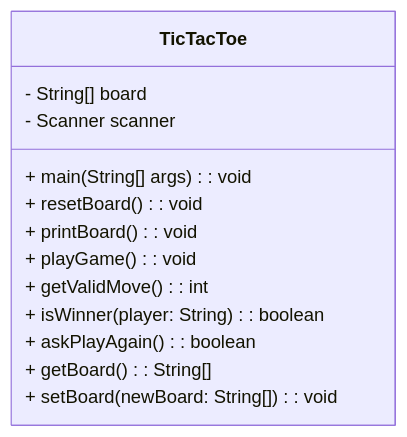
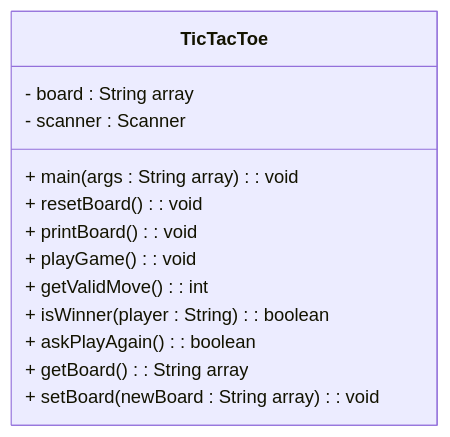
Before and after one commit to judith-java2/Portfolio-1: the first of 2 diagrams in README.md, drawn with Mermaid. The commit also changed other lines of this file, not shown here.

Commit message:
modified:   README.md

````diff
--- a/README.md
+++ b/README.md
@@ -17,16 +17,16 @@
 ```mermaid
 classDiagram
     class TicTacToe {
-        - String[] board
-        - Scanner scanner
-        + main(String[] args): void
-        + resetBoard(): void
-        + printBoard(): void
-        + playGame(): void
-        + getValidMove(): int
-        + isWinner(player: String): boolean
-        + askPlayAgain(): boolean
-        + getBoard(): String[]
-        + setBoard(newBoard: String[]): void
+        - board : String array
+        - scanner : Scanner
+        + main(args : String array) : void
+        + resetBoard() : void
+        + printBoard() : void
+        + playGame() : void
+        + getValidMove() : int
+        + isWinner(player : String) : boolean
+        + askPlayAgain() : boolean
+        + getBoard() : String array
+        + setBoard(newBoard : String array) : void
     }
 ```
````
